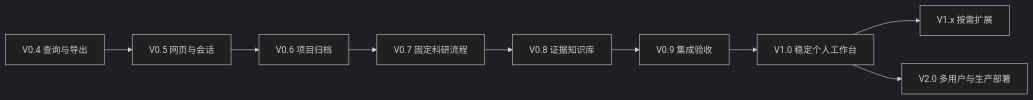
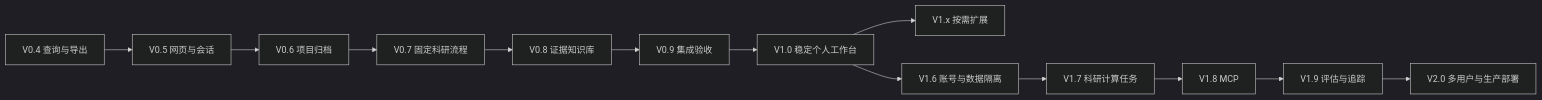
One commit to lct808846/siderfolio changed the diagram in docs/ROADMAP.md. Above: the diagram before and after it, drawn with Mermaid (dark theme). The commit also changed other lines of this file and 244 other files, not shown here.

````diff
--- a/docs/ROADMAP.md
+++ b/docs/ROADMAP.md
@@ -121,11 +130,15 @@
 ```mermaid
 flowchart LR
     A[V0.4 查询与导出] --> B[V0.5 网页与会话]
     B --> C[V0.6 项目归档]
     C --> D[V0.7 固定科研流程]
     D --> E[V0.8 证据知识库]
     E --> F[V0.9 集成验收]
     F --> G[V1.0 稳定个人工作台]
     G --> H[V1.x 按需扩展]
-    G --> I[V2.0 多用户与生产部署]
+    G --> J[V1.6 账号与数据隔离]
+    J --> K[V1.7 科研计算任务]
+    K --> L[V1.8 MCP]
+    L --> M[V1.9 评估与追踪]
+    M --> I[V2.0 多用户与生产部署]
 ```
````
